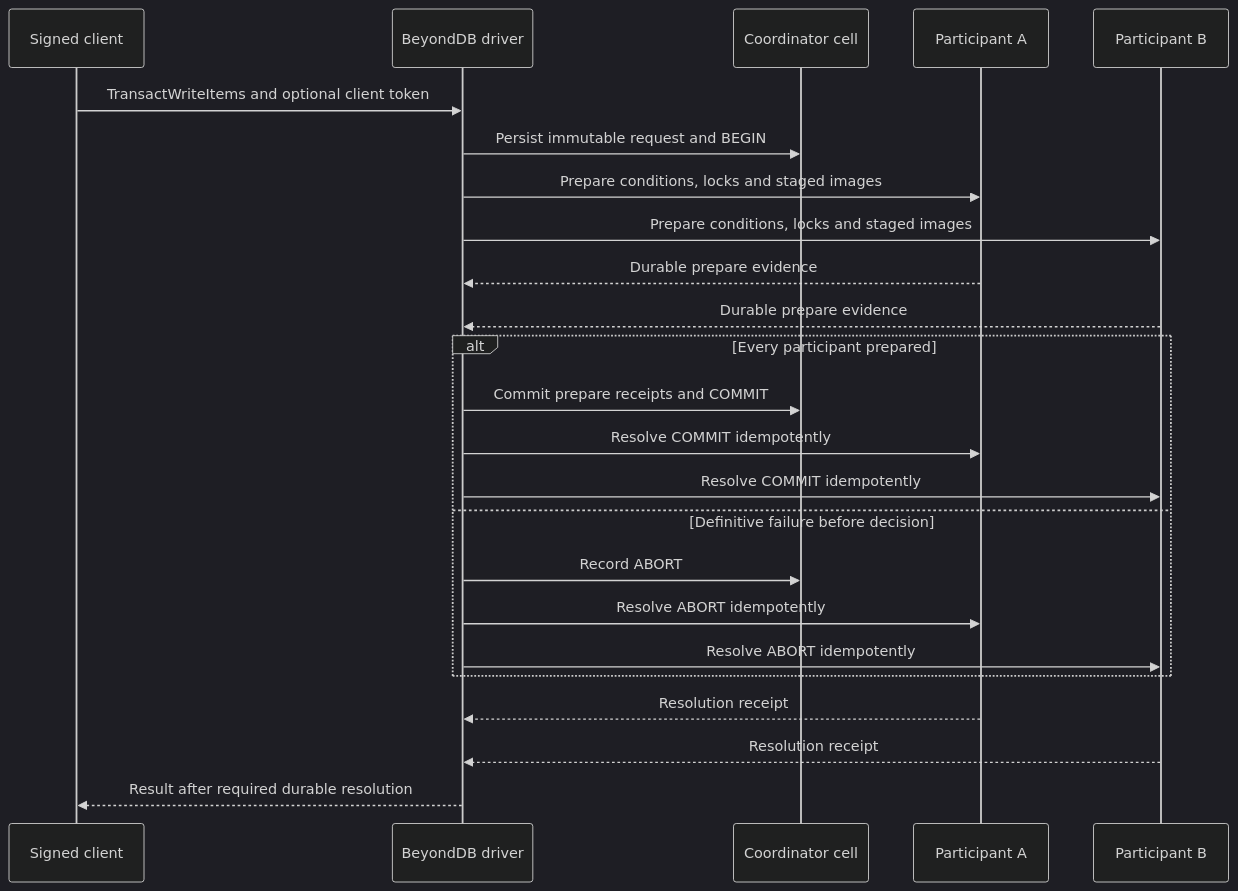
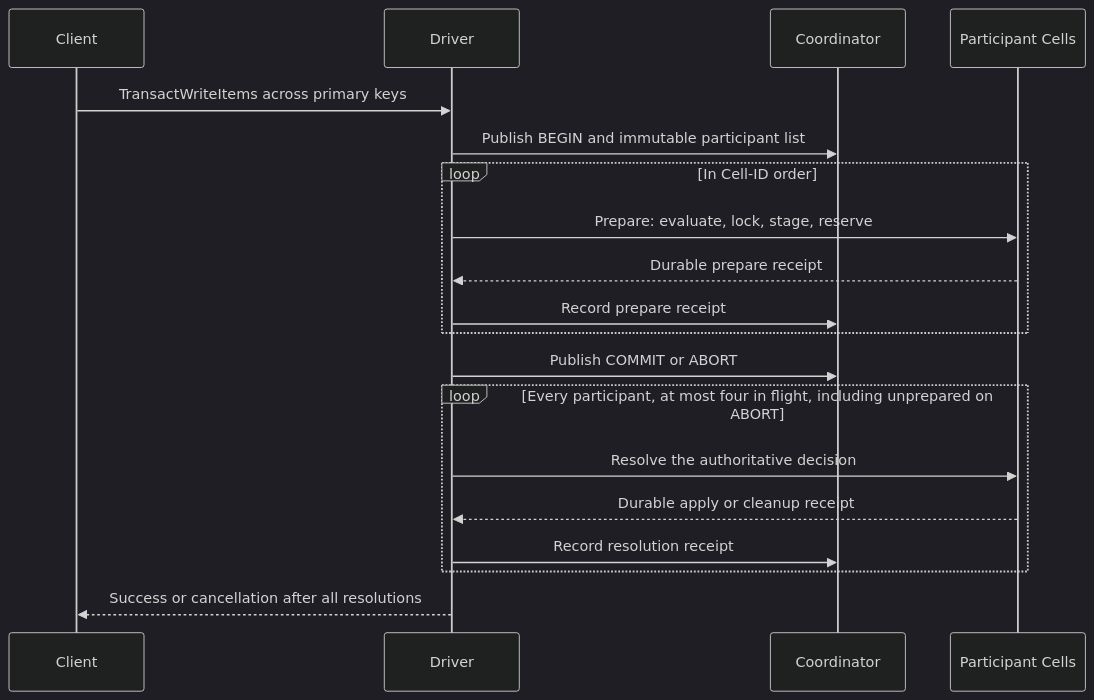
Before and after one commit to crabbuild/beyonddb: the diagram in docs/cross-cell-transactions.md, drawn with Mermaid (dark theme). The commit also changed other lines of this file and 22 other files, not shown here.

````diff
--- a/docs/cross-cell-transactions.md
+++ b/docs/cross-cell-transactions.md
@@ -9,26 +719,21 @@
 ```mermaid
 sequenceDiagram
-    participant SDK as Signed client
-    participant Driver as BeyondDB driver
-    participant Coord as Coordinator cell
-    participant A as Participant A
-    participant B as Participant B
-    SDK->>Driver: TransactWriteItems and optional client token
-    Driver->>Coord: Persist immutable request and BEGIN
-    Driver->>A: Prepare conditions, locks and staged images
-    Driver->>B: Prepare conditions, locks and staged images
-    A-->>Driver: Durable prepare evidence
-    B-->>Driver: Durable prepare evidence
-    alt Every participant prepared
-        Driver->>Coord: Commit prepare receipts and COMMIT
-        Driver->>A: Resolve COMMIT idempotently
-        Driver->>B: Resolve COMMIT idempotently
-    else Definitive failure before decision
-        Driver->>Coord: Record ABORT
-        Driver->>A: Resolve ABORT idempotently
-        Driver->>B: Resolve ABORT idempotently
+    participant Client
+    participant Driver
+    participant Coordinator
+    participant Cells as Participant Cells
+    Client->>Driver: TransactWriteItems across primary keys
+    Driver->>Coordinator: Publish BEGIN and immutable participant list
+    loop In Cell-ID order
+        Driver->>Cells: Prepare: evaluate, lock, stage, reserve
+        Cells-->>Driver: Durable prepare receipt
+        Driver->>Coordinator: Record prepare receipt
     end
-    A-->>Driver: Resolution receipt
-    B-->>Driver: Resolution receipt
-    Driver-->>SDK: Result after required durable resolution
+    Driver->>Coordinator: Publish COMMIT or ABORT
+    loop Every participant, at most four in flight, including unprepared on ABORT
+        Driver->>Cells: Resolve the authoritative decision
+        Cells-->>Driver: Durable apply or cleanup receipt
+        Driver->>Coordinator: Record resolution receipt
+    end
+    Driver-->>Client: Success or cancellation after all resolutions
 ```
````
